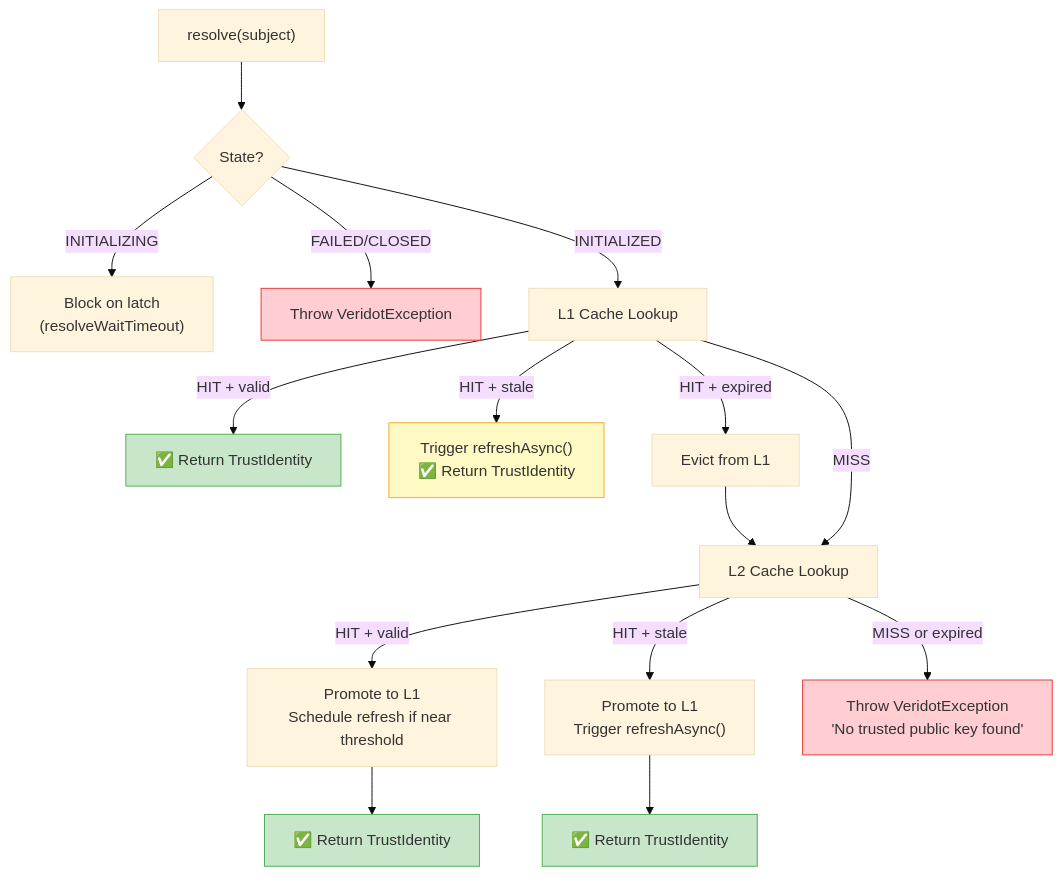
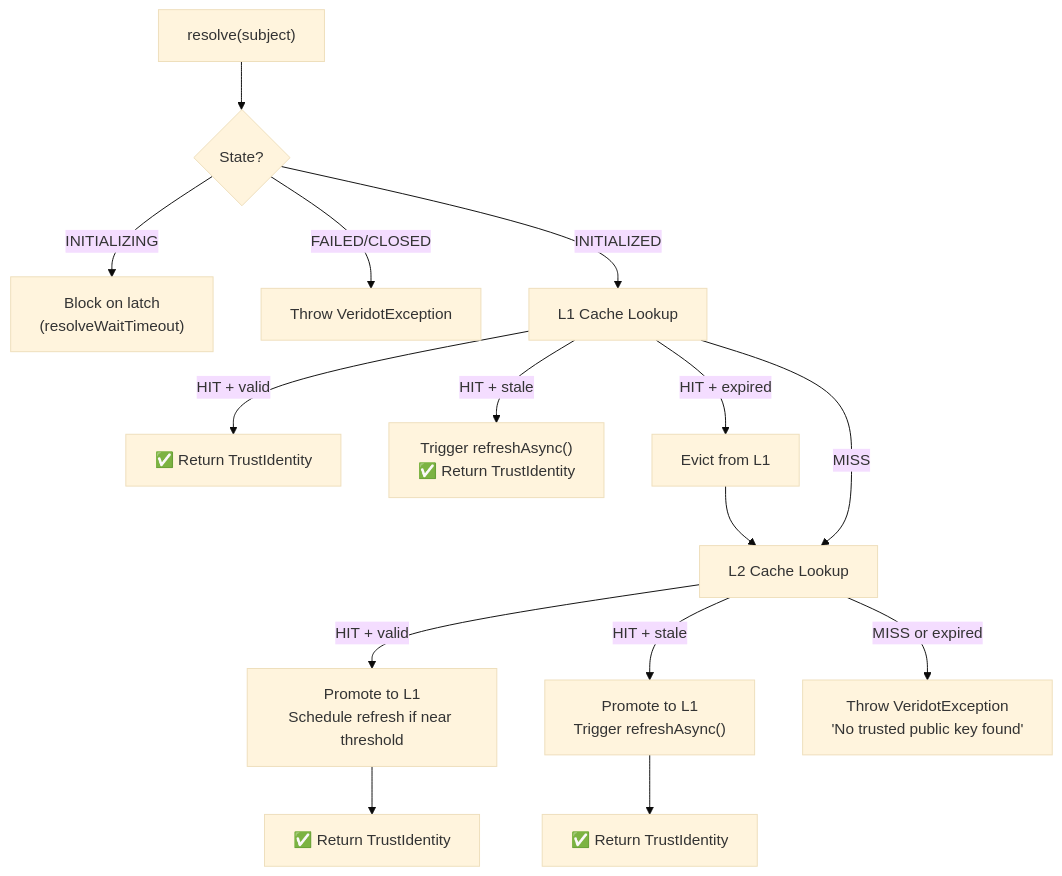
The third of 3 diagrams in docs/docs/modules/veridot-trustroots/core.md (cyfko/veridot), drawn with Mermaid (base theme) before and after one commit. The commit also changed other lines of this file and 25 other files, not shown here.

First line of the commit message:
style: remove colorful fill styles from Mermaid diagrams

````diff
--- a/docs/docs/modules/veridot-trustroots/core.md
+++ b/docs/docs/modules/veridot-trustroots/core.md
@@ -136,28 +133,22 @@
 ```mermaid
 flowchart TD
     R["resolve(subject)"] --> StateCheck{"State?"}
     StateCheck -->|INITIALIZING| Wait["Block on latch<br/>(resolveWaitTimeout)"]
     StateCheck -->|FAILED/CLOSED| Throw1["Throw VeridotException"]
     StateCheck -->|INITIALIZED| L1Lookup["L1 Cache Lookup"]
 
     L1Lookup -->|HIT + valid| Return1["✅ Return TrustIdentity"]
     L1Lookup -->|HIT + stale| Refresh1["Trigger refreshAsync()<br/>✅ Return TrustIdentity"]
     L1Lookup -->|HIT + expired| Evict["Evict from L1"]
 
     Evict --> L2Lookup
     L1Lookup -->|MISS| L2Lookup["L2 Cache Lookup"]
 
     L2Lookup -->|HIT + valid| Promote1["Promote to L1<br/>Schedule refresh if near threshold"]
     L2Lookup -->|HIT + stale| Promote2["Promote to L1<br/>Trigger refreshAsync()"]
     L2Lookup -->|MISS or expired| Throw2["Throw VeridotException<br/>'No trusted public key found'"]
 
     Promote1 --> Return2["✅ Return TrustIdentity"]
     Promote2 --> Return3["✅ Return TrustIdentity"]
 
-    style Return1 fill:#c8e6c9,stroke:#4caf50
-    style Return2 fill:#c8e6c9,stroke:#4caf50
-    style Return3 fill:#c8e6c9,stroke:#4caf50
-    style Refresh1 fill:#fff9c4,stroke:#f9a825
-    style Throw1 fill:#ffcdd2,stroke:#e53935
-    style Throw2 fill:#ffcdd2,stroke:#e53935
 ```
````
